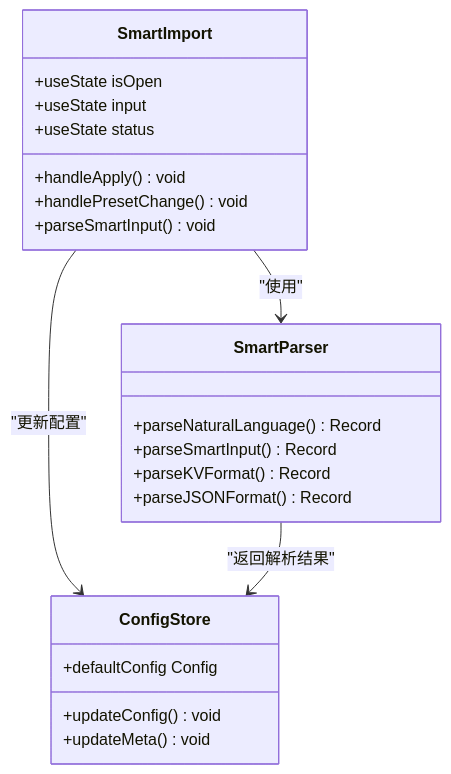
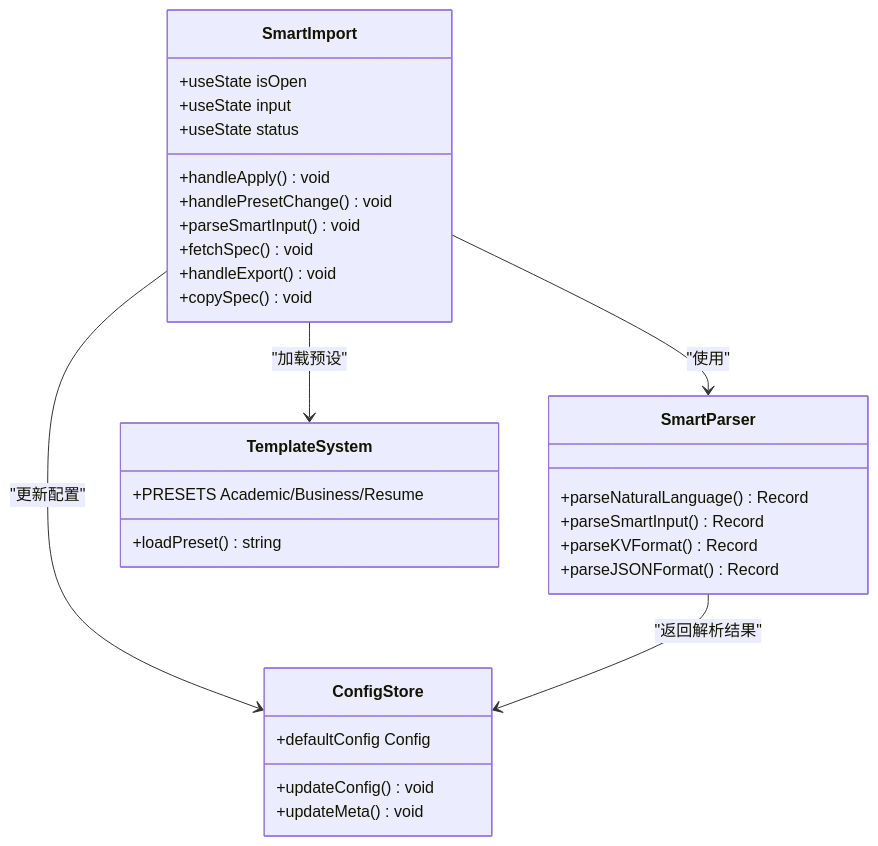
The second of 10 diagrams in .lingma/repowiki/zh/content/用户指南/配置系统/智能配置导入系统.md (wanwushelie/markdown-to-word-studio), drawn with Mermaid before and after one commit. The commit also changed other lines of this file and 21 other files, not shown here.

````diff
--- a/.lingma/repowiki/zh/content/用户指南/配置系统/智能配置导入系统.md
+++ b/.lingma/repowiki/zh/content/用户指南/配置系统/智能配置导入系统.md
@@ -104,25 +118,33 @@
 ```mermaid
 classDiagram
 class SmartImport {
 +useState isOpen
 +useState input
 +useState status
 +handleApply() void
 +handlePresetChange() void
 +parseSmartInput() void
++fetchSpec() void
++handleExport() void
++copySpec() void
 }
 class SmartParser {
 +parseNaturalLanguage() Record
 +parseSmartInput() Record
 +parseKVFormat() Record
 +parseJSONFormat() Record
 }
 class ConfigStore {
 +updateConfig() void
 +updateMeta() void
 +defaultConfig Config
 }
+class TemplateSystem {
++PRESETS Academic/Business/Resume
++loadPreset() string
+}
 SmartImport --> SmartParser : "使用"
 SmartImport --> ConfigStore : "更新配置"
+SmartImport --> TemplateSystem : "加载预设"
 SmartParser --> ConfigStore : "返回解析结果"
 ```
````
